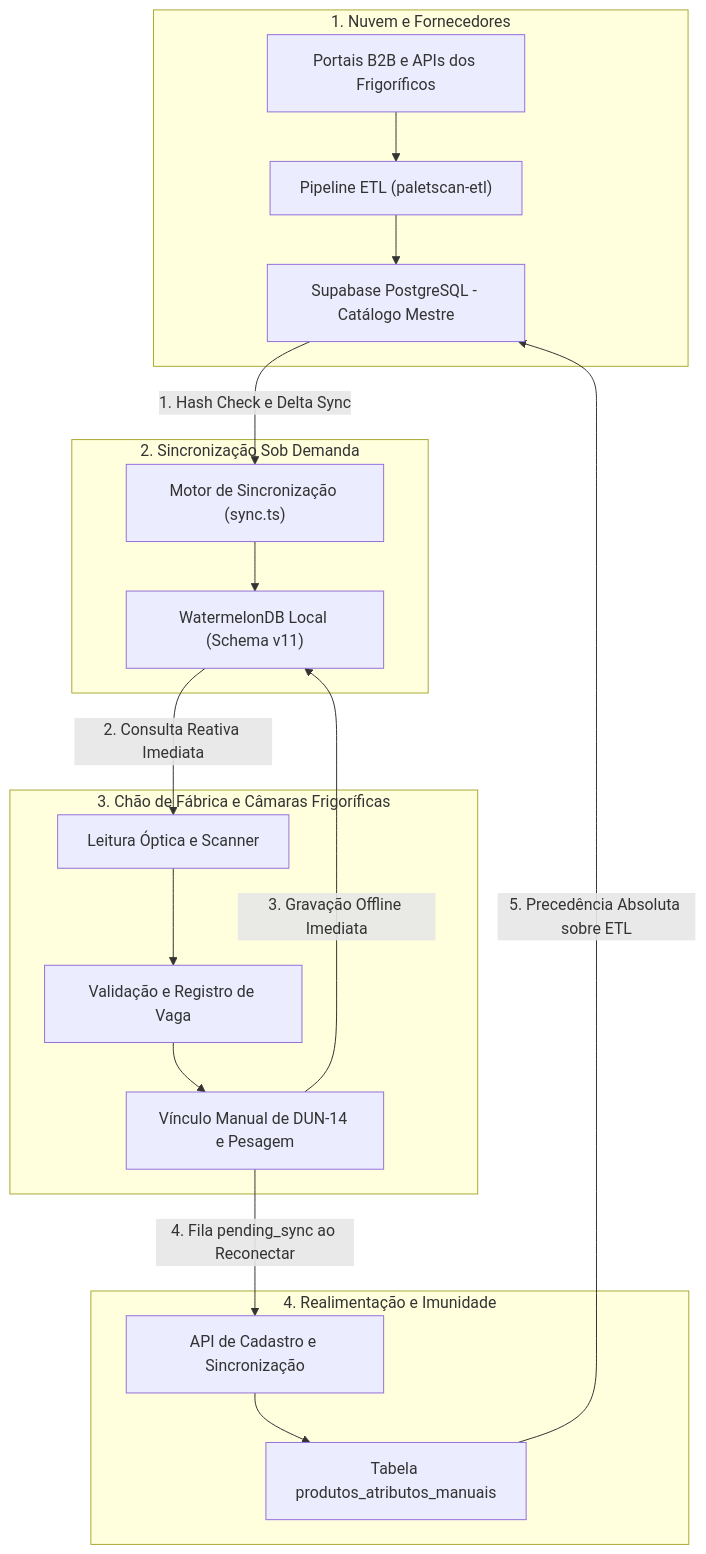
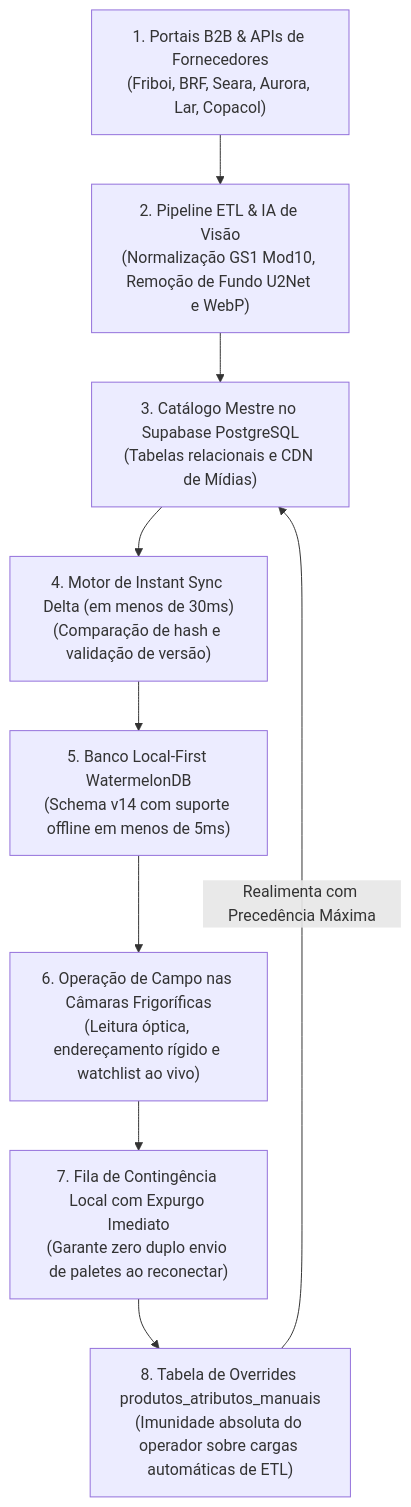
Before and after one commit to NaejBarbosa/paletscan-etl: the diagram in docs/arquitetura-ecossistema.md, drawn with Mermaid. The commit also changed 28 other files, not shown here.

Commit message:
docs: atualiza documentacao mkdocs com pontos criticos e diagramas verticalizados mobile

````diff
--- a/docs/arquitetura-ecossistema.md
+++ b/docs/arquitetura-ecossistema.md
@@ -11,36 +11,20 @@
 ```mermaid
 flowchart TD
-    subgraph Nuvem ["1. Nuvem e Fornecedores"]
-        A["Portais B2B e APIs dos Frigoríficos"]
-        B["Pipeline ETL (paletscan-etl)"]
-        C["Supabase PostgreSQL - Catálogo Mestre"]
-        A --> B
-        B --> C
-    end
-
-    subgraph Sync ["2. Sincronização Sob Demanda"]
-        D["Motor de Sincronização (sync.ts)"]
-        E["WatermelonDB Local (Schema v11)"]
-        D --> E
-    end
-
-    subgraph ChaoDeFabrica ["3. Chão de Fábrica e Câmaras Frigoríficas"]
-        F["Leitura Óptica e Scanner"]
-        G["Validação e Registro de Vaga"]
-        H["Vínculo Manual de DUN-14 e Pesagem"]
-        F --> G
-        G --> H
-    end
-
-    subgraph Feedback ["4. Realimentação e Imunidade"]
-        I["API de Cadastro e Sincronização"]
-        J["Tabela produtos_atributos_manuais"]
-        I --> J
-    end
-
-    C -->|1. Hash Check e Delta Sync| D
-    E -->|2. Consulta Reativa Imediata| F
-    H -->|3. Gravação Offline Imediata| E
-    H -->|4. Fila pending_sync ao Reconectar| I
-    J -->|5. Precedência Absoluta sobre ETL| C
+    A["1. Portais B2B & APIs de Fornecedores\n(Friboi, BRF, Seara, Aurora, Lar, Copacol)"]
+    
+    A --> B["2. Pipeline ETL & IA de Visão\n(Normalização GS1 Mod10, Remoção de Fundo U2Net e WebP)"]
+    
+    B --> C["3. Catálogo Mestre no Supabase PostgreSQL\n(Tabelas relacionais e CDN de Mídias)"]
+    
+    C --> D["4. Motor de Instant Sync Delta (em menos de 30ms)\n(Comparação de hash e validação de versão)"]
+    
+    D --> E["5. Banco Local-First WatermelonDB\n(Schema v14 com suporte offline em menos de 5ms)"]
+    
+    E --> F["6. Operação de Campo nas Câmaras Frigoríficas\n(Leitura óptica, endereçamento rígido e watchlist ao vivo)"]
+    
+    F --> G["7. Fila de Contingência Local com Expurgo Imediato\n(Garante zero duplo envio de paletes ao reconectar)"]
+    
+    G --> H["8. Tabela de Overrides produtos_atributos_manuais\n(Imunidade absoluta do operador sobre cargas automáticas de ETL)"]
+    
+    H -->|Realimenta com Precedência Máxima| C
 ```
````
